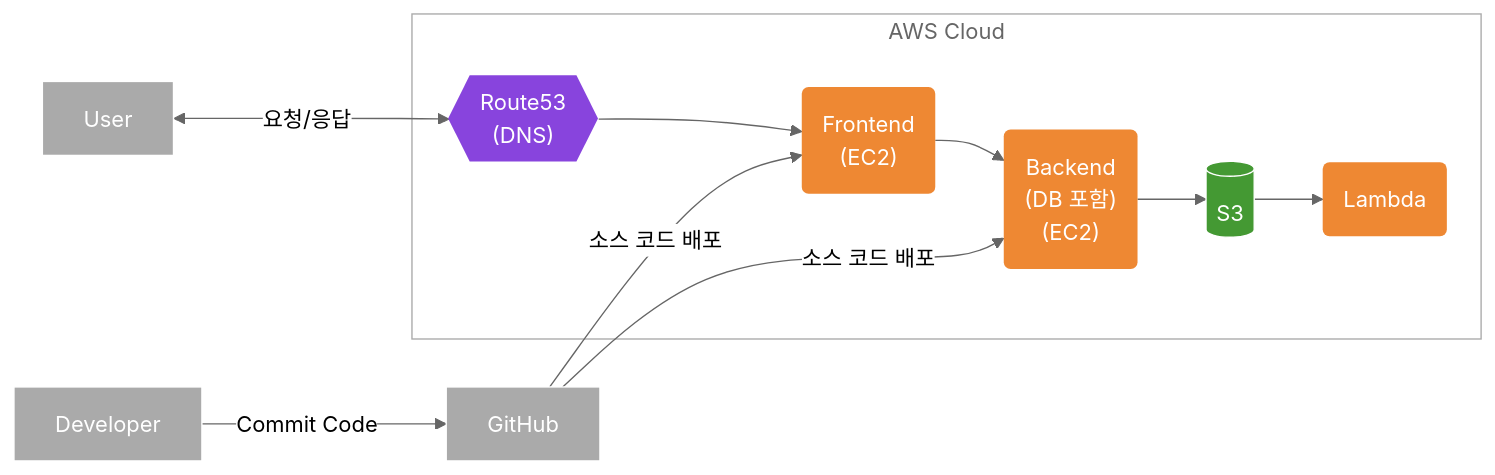
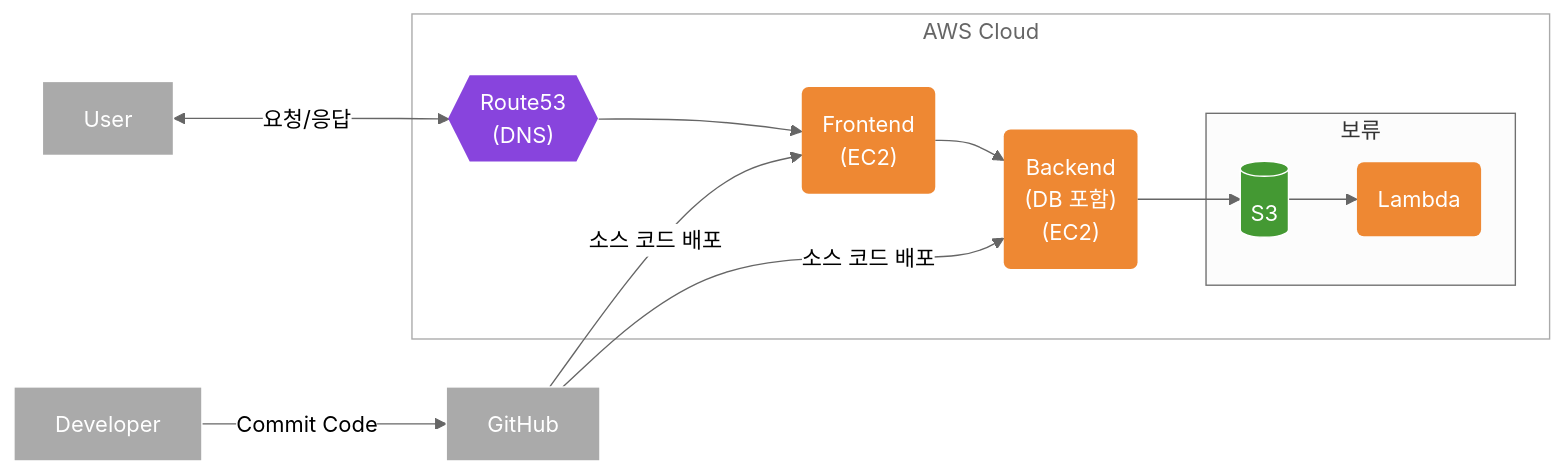
The diagram in docs/2. 설계/2.1 전체 설계/2.1.1 시스템 아키텍처 설계/인프라 아키텍처.md (sarifor/cart-connect-market), drawn with Mermaid (neutral theme) before and after one commit. The commit also changed other lines of this file and 19 other files, not shown here.

````diff
--- a/docs/2. 설계/2.1 전체 설계/2.1.1 시스템 아키텍처 설계/인프라 아키텍처.md
+++ b/docs/2. 설계/2.1 전체 설계/2.1.1 시스템 아키텍처 설계/인프라 아키텍처.md
@@ -6,50 +6,52 @@
 ```mermaid
 %% 참고
 %% - AWS 다이어그램 작성법: https://qiita.com/b-mente/items/b17275090176d63d1d69
 %% - 프로젝트 배포법: Nodebird 앱 배포법
 %% Q. 그냥 draw.io로 작성할까?
 
 flowchart LR
 
 subgraph AWS[AWS Cloud]
   Route53{{"Route53<br/>(DNS)"}}
   Frontend("Frontend<br/>(EC2)")
   Backend("Backend<br/>(DB 포함)<br/>(EC2)")
-  S3[(S3)]
-  Lambda(Lambda)
+  subgraph 보류
+    S3[(S3)]
+    Lambda(Lambda)
+  end
 end
 
 
 User[User]
 Developer[Developer]
 GitHub[GitHub]
 
 User <--요청/응답--> Route53
 Route53 --> Frontend
 Frontend --> Backend
 Backend --> S3
 S3 --> Lambda
 GitHub --소스 코드 배포--> Frontend
 GitHub --소스 코드 배포--> Backend
 Developer --Commit Code--> GitHub
 
 %% 外部要素のスタイル
 classDef Out fill:#aaa,color:#fff,stroke:#fff
 class User,Developer,GitHub Out
 
 %% Network関連のスタイル
 classDef NetworkStyle fill:#84d,color:#fff,stroke:none
 class Route53 NetworkStyle
 
 %% Compute関連のスタイル
 classDef ComputeStyle fill:#e83,color:#fff,stroke:none
 class Frontend,Backend,Lambda ComputeStyle
 
 %% Storage関連のスタイル
 classDef StorageStyle fill:#493,color:#fff,stroke:#fff
 class S3 StorageStyle
 
 %% グループのスタイル
 classDef GroupStyle fill:none,color:#666,stroke:#aaa
 class AWS GroupStyle
 ```
````
